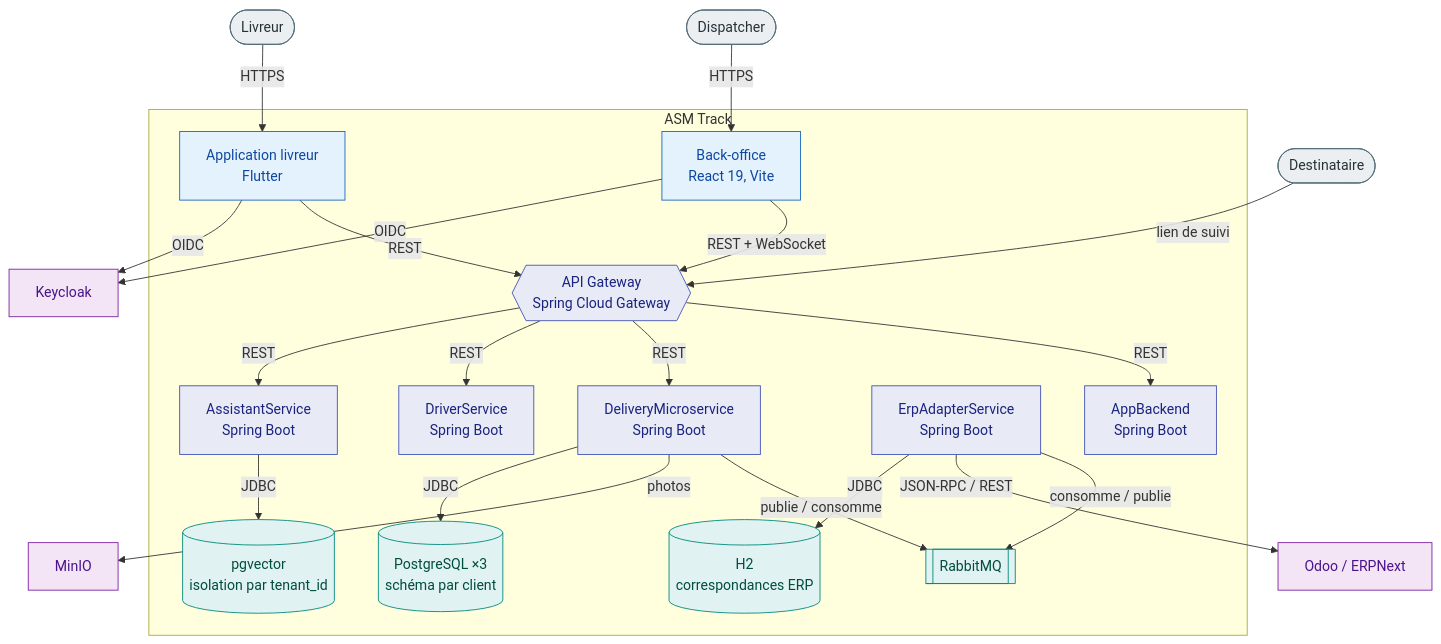
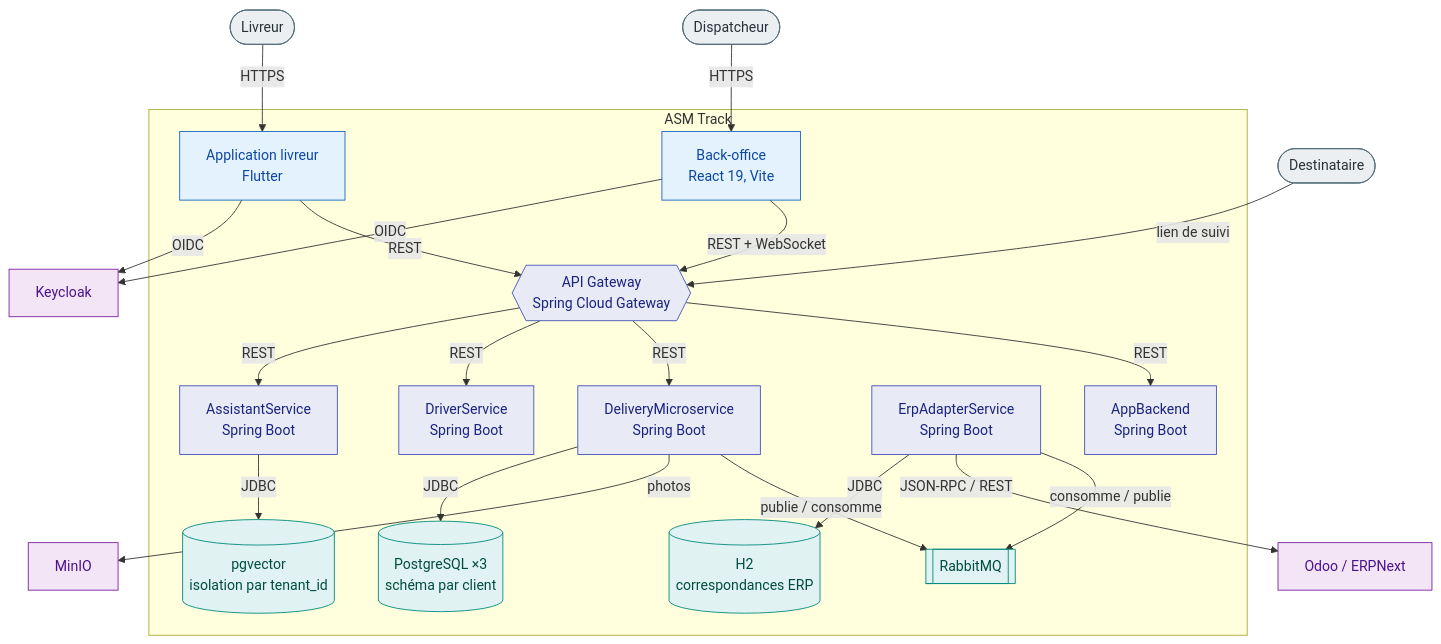
The first of 3 diagrams in docs/architecture/index.md (Moaziz667/asm-track), drawn with Mermaid before and after one commit. The commit also changed 10 other files, not shown here.

````diff
--- a/docs/architecture/index.md
+++ b/docs/architecture/index.md
@@ -8,56 +8,56 @@
 ```mermaid
 flowchart TB
-    dispatcher(["Dispatcher"])
+    dispatcher(["Dispatcheur"])
     livreur(["Livreur"])
     destinataire(["Destinataire"])
 
     subgraph asm["ASM Track"]
         web["Back-office<br/>React 19, Vite"]
         mobile["Application livreur<br/>Flutter"]
         gw{{"API Gateway<br/>Spring Cloud Gateway"}}
         ab["AppBackend<br/>Spring Boot"]
         del["DeliveryMicroservice<br/>Spring Boot"]
         drv["DriverService<br/>Spring Boot"]
         erp["ErpAdapterService<br/>Spring Boot"]
         ast["AssistantService<br/>Spring Boot"]
         pg[("PostgreSQL ×3<br/>schéma par client")]
         pga[("pgvector<br/>isolation par tenant_id")]
         h2[("H2<br/>correspondances ERP")]
         mq[["RabbitMQ"]]
     end
 
     kc["Keycloak"]
     odoo["Odoo / ERPNext"]
     minio["MinIO"]
 
     dispatcher -->|HTTPS| web
     livreur -->|HTTPS| mobile
     destinataire -->|"lien de suivi"| gw
     web -->|"REST + WebSocket"| gw
     mobile -->|REST| gw
     web -->|OIDC| kc
     mobile -->|OIDC| kc
     gw -->|REST| ab
     gw -->|REST| del
     gw -->|REST| drv
     gw -->|REST| ast
     del -->|"publie / consomme"| mq
     erp -->|"consomme / publie"| mq
     erp -->|"JSON-RPC / REST"| odoo
     del -->|photos| minio
     del -->|JDBC| pg
     ast -->|JDBC| pga
     erp -->|JDBC| h2
 
     classDef acteur fill:#eceff1,stroke:#546e7a,color:#263238
     classDef client fill:#e3f2fd,stroke:#1565c0,color:#0d47a1
     classDef service fill:#e8eaf6,stroke:#3f51b5,color:#1a237e
     classDef donnee fill:#e0f2f1,stroke:#00897b,color:#004d40
     classDef externe fill:#f3e5f5,stroke:#7b1fa2,color:#4a148c
 
     class dispatcher,livreur,destinataire acteur
     class web,mobile client
     class gw,ab,del,drv,erp,ast service
     class pg,pga,h2,mq donnee
     class kc,odoo,minio externe
 ```
````
